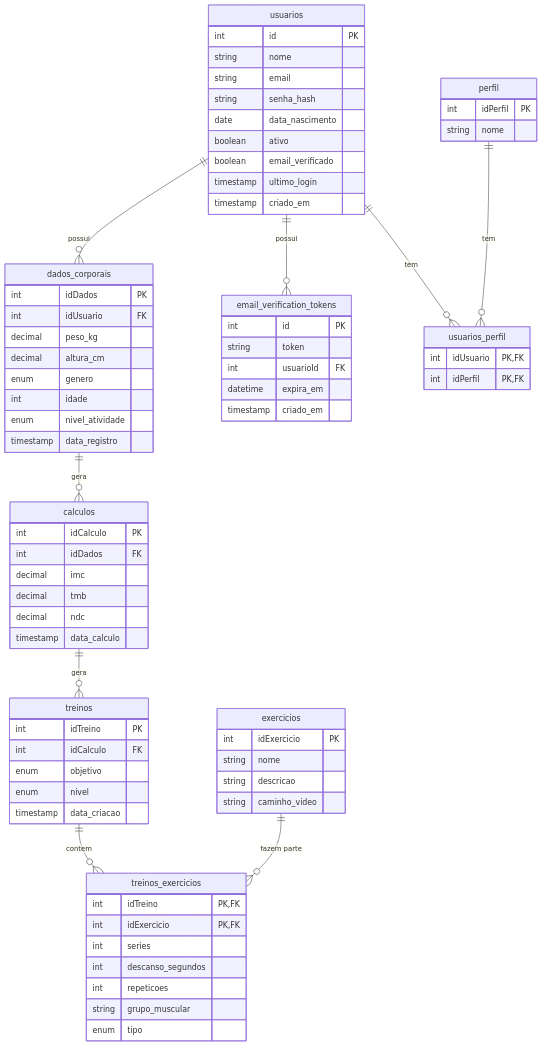
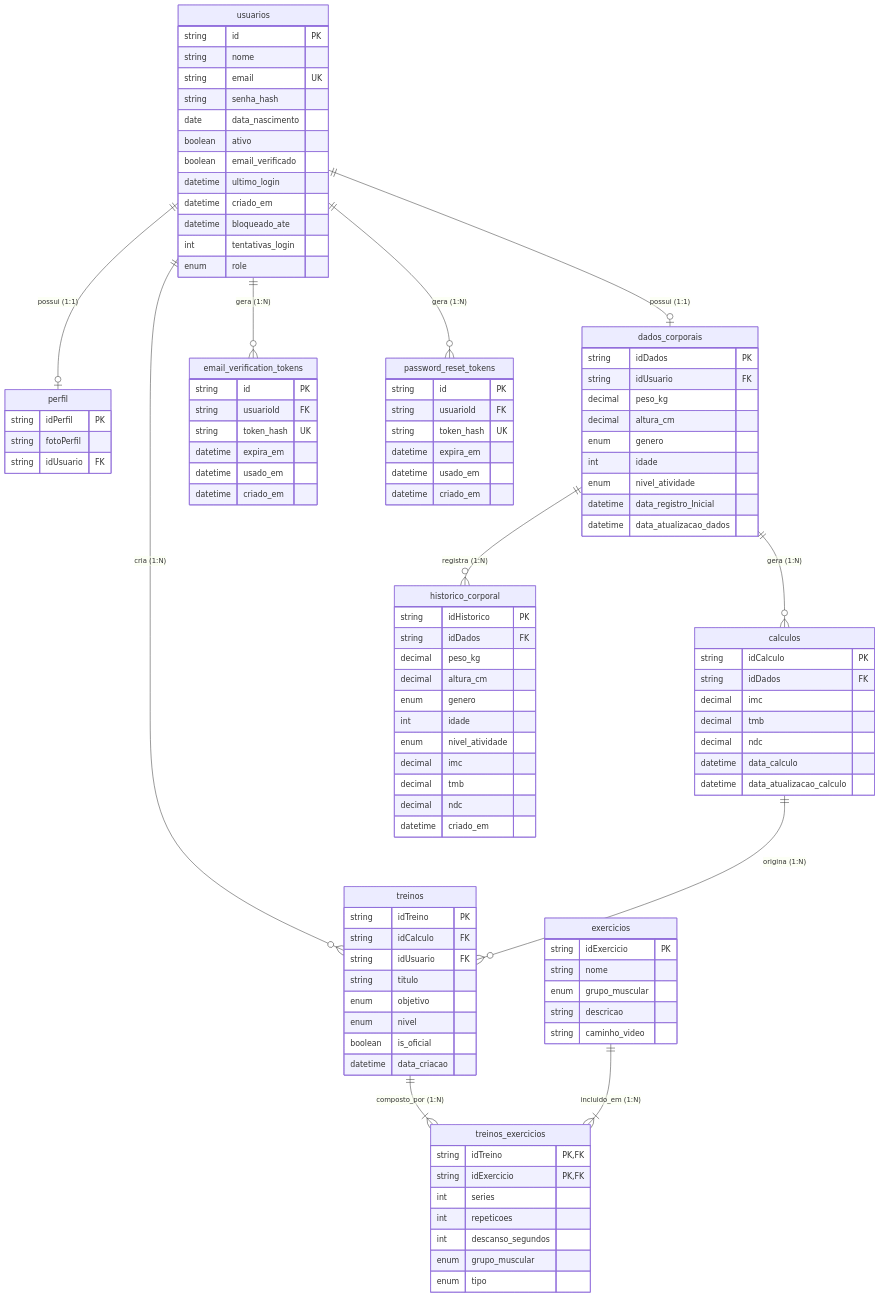
Before and after one commit to Ramom16/SistemaComputacionalDeAnaliseCorporea: the diagram in DOCS/Documentação/Especificacao_Tecnica.md, drawn with Mermaid. The commit also changed other lines of this file and 2 other files, not shown here.

Commit message:
feat: atualizando documentação do projeto

````diff
--- a/DOCS/Documentação/Especificacao_Tecnica.md
+++ b/DOCS/Documentação/Especificacao_Tecnica.md
@@ -9,86 +11,120 @@
 ```mermaid
 erDiagram
-    usuarios ||--o{ dados_corporais : "possui"
-    usuarios ||--o{ email_verification_tokens : "possui"
-    usuarios ||--o{ usuarios_perfil : "tem"
-    perfil ||--o{ usuarios_perfil : "tem"
-    dados_corporais ||--o{ calculos : "gera"
-    calculos ||--o{ treinos : "gera"
-    treinos ||--o{ treinos_exercicios : "contem"
-    exercicios ||--o{ treinos_exercicios : "fazem parte"
+    usuarios ||--o| perfil : "possui (1:1)"
+    usuarios ||--o| dados_corporais : "possui (1:1)"
+    usuarios ||--o{ email_verification_tokens : "gera (1:N)"
+    usuarios ||--o{ password_reset_tokens : "gera (1:N)"
+    usuarios ||--o{ treinos : "cria (1:N)"
+
+    dados_corporais ||--o{ calculos : "gera (1:N)"
+    dados_corporais ||--o{ historico_corporal : "registra (1:N)"
+
+    calculos ||--o{ treinos : "origina (1:N)"
+
+    treinos ||--|{ treinos_exercicios : "composto_por (1:N)"
+    exercicios ||--|{ treinos_exercicios : "incluido_em (1:N)"
 
     usuarios {
-        int id PK
+        string id PK
         string nome
-        string email
+        string email UK
         string senha_hash
         date data_nascimento
         boolean ativo
         boolean email_verificado
-        timestamp ultimo_login
-        timestamp criado_em
+        datetime ultimo_login
+        datetime criado_em
+        datetime bloqueado_ate
+        int tentativas_login
+        enum role
+    }
+
+    perfil {
+        string idPerfil PK
+        string fotoPerfil
+        string idUsuario FK
     }
 
     dados_corporais {
-        int idDados PK
-        int idUsuario FK
+        string idDados PK
+        string idUsuario FK
         decimal peso_kg
         decimal altura_cm
         enum genero
         int idade
         enum nivel_atividade
-        timestamp data_registro
+        datetime data_registro_Inicial
+        datetime data_atualizacao_dados
     }
 
     calculos {
-        int idCalculo PK
-        int idDados FK
+        string idCalculo PK
+        string idDados FK
         decimal imc
         decimal tmb
         decimal ndc
-        timestamp data_calculo
+        datetime data_calculo
+        datetime data_atualizacao_calculo
     }
-    
-    email_verification_tokens {
-        int id PK
-        string token
-        int usuarioId FK
-        datetime expira_em
-        timestamp criado_em
+
+    historico_corporal {
+        string idHistorico PK
+        string idDados FK
+        decimal peso_kg
+        decimal altura_cm
+        enum genero
+        int idade
+        enum nivel_atividade
+        decimal imc
+        decimal tmb
+        decimal ndc
+        datetime criado_em
+    }
+
+    treinos {
+        string idTreino PK
+        string idCalculo FK
+        string idUsuario FK
+        string titulo
+        enum objetivo
+        enum nivel
+        boolean is_oficial
+        datetime data_criacao
     }
 
     exercicios {
-        int idExercicio PK
+        string idExercicio PK
         string nome
+        enum grupo_muscular
         string descricao
         string caminho_video
     }
 
-    perfil {
-        int idPerfil PK
-        string nome
-    }
-
-    treinos {
-        int idTreino PK
-        int idCalculo FK
-        enum objetivo
-        enum nivel
-        timestamp data_criacao
-    }
-
     treinos_exercicios {
-        int idTreino PK,FK
-        int idExercicio PK,FK
+        string idTreino PK,FK
+        string idExercicio PK,FK
         int series
+        int repeticoes
         int descanso_segundos
-        int repeticoes
-        string grupo_muscular
+        enum grupo_muscular
         enum tipo
     }
 
-    usuarios_perfil {
-        int idUsuario PK,FK
-        int idPerfil PK,FK
+    email_verification_tokens {
+        string id PK
+        string usuarioId FK
+        string token_hash UK
+        datetime expira_em
+        datetime usado_em
+        datetime criado_em
+    }
+
+    password_reset_tokens {
+        string id PK
+        string usuarioId FK
+        string token_hash UK
+        datetime expira_em
+        datetime usado_em
+        datetime criado_em
     }
 ```
````
